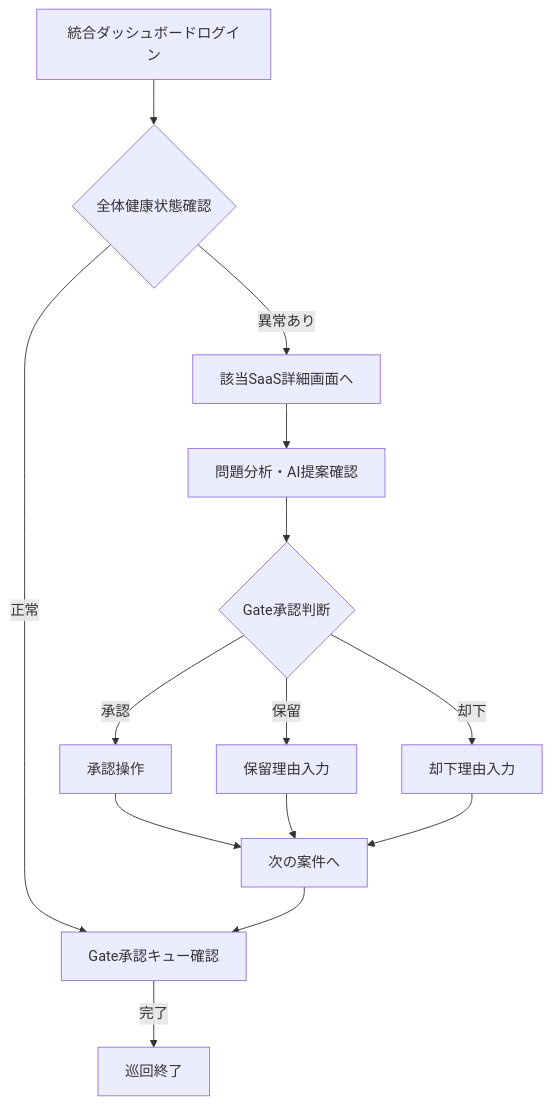
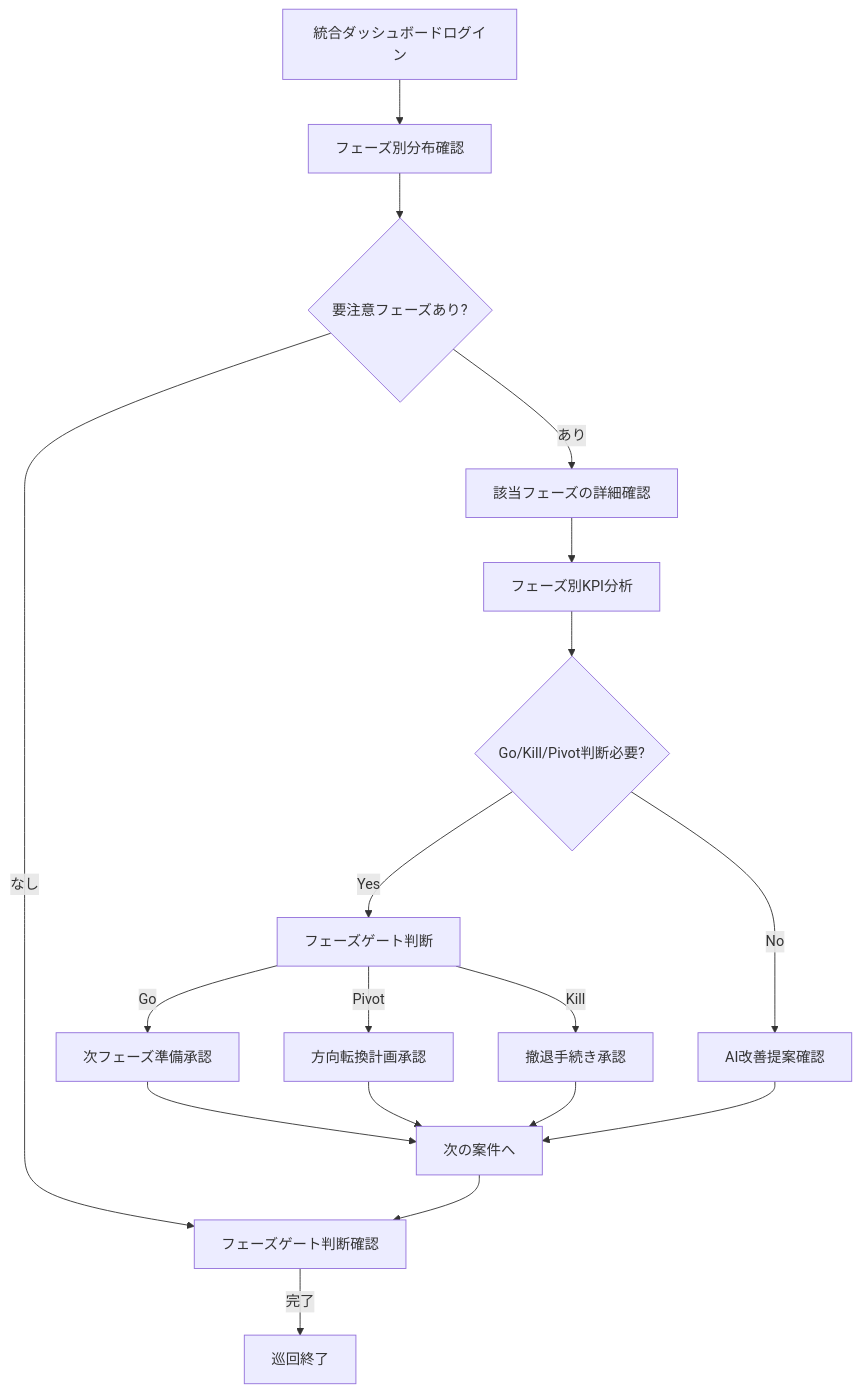
One commit to Unson-LLC/unson_os changed the second of 2 diagrams in docs/for-developers/core-system/02-ui-design/storyboard.md. Above: the diagram before and after it, drawn with Mermaid. The commit also changed other lines of this file and 6 other files, not shown here.

````diff
--- a/docs/for-developers/core-system/02-ui-design/storyboard.md
+++ b/docs/for-developers/core-system/02-ui-design/storyboard.md
@@ -130,16 +176,23 @@
 ```mermaid
 graph TD
-    A[統合ダッシュボードログイン] --> B{全体健康状態確認}
-    B -->|異常あり| C[該当SaaS詳細画面へ]
-    B -->|正常| D[Gate承認キュー確認]
-    C --> E[問題分析・AI提案確認]
-    E --> F{Gate承認判断}
-    F -->|承認| G[承認操作]
-    F -->|保留| H[保留理由入力]
-    F -->|却下| I[却下理由入力]
-    G --> J[次の案件へ]
-    H --> J
-    I --> J
-    J --> D
-    D -->|完了| K[巡回終了]
+    A[統合ダッシュボードログイン] --> B[フェーズ別分布確認]
+    B --> C{要注意フェーズあり?}
+    C -->|あり| D[該当フェーズの詳細確認]
+    C -->|なし| E[フェーズゲート判断確認]
+    
+    D --> F[フェーズ別KPI分析]
+    F --> G{Go/Kill/Pivot判断必要?}
+    G -->|Yes| H[フェーズゲート判断]
+    G -->|No| I[AI改善提案確認]
+    
+    H -->|Go| J[次フェーズ準備承認]
+    H -->|Pivot| K[方向転換計画承認] 
+    H -->|Kill| L[撤退手続き承認]
+    
+    J --> M[次の案件へ]
+    K --> M
+    L --> M
+    I --> M
+    M --> E
+    E -->|完了| N[巡回終了]
 ```
````
